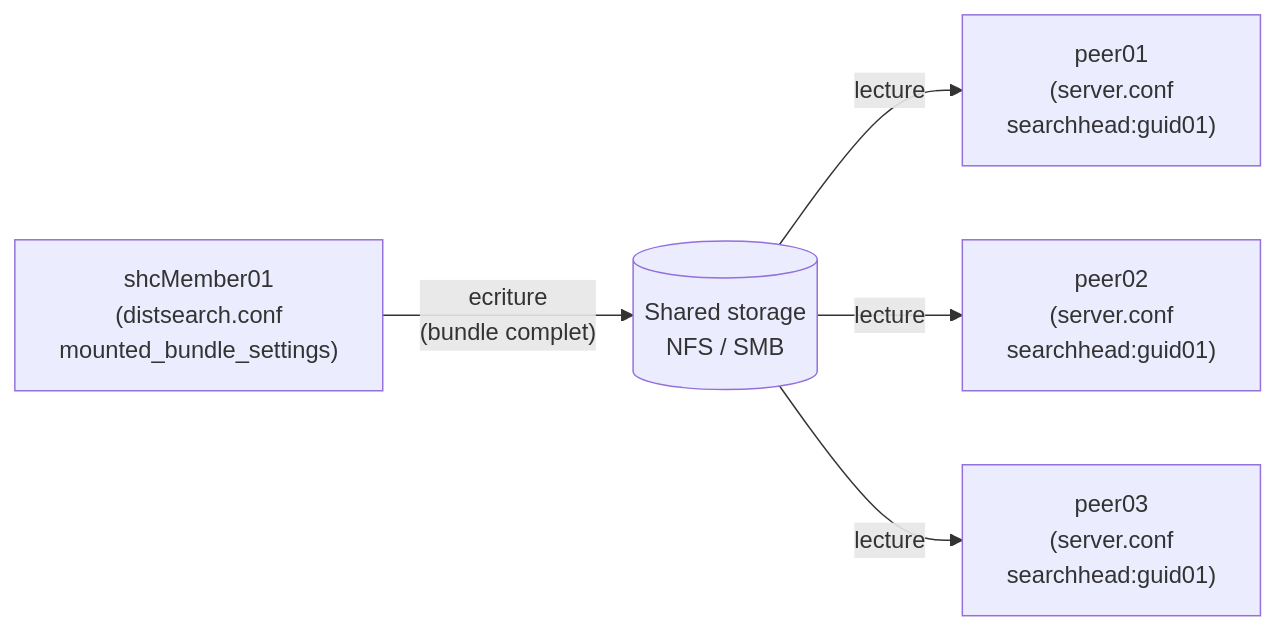
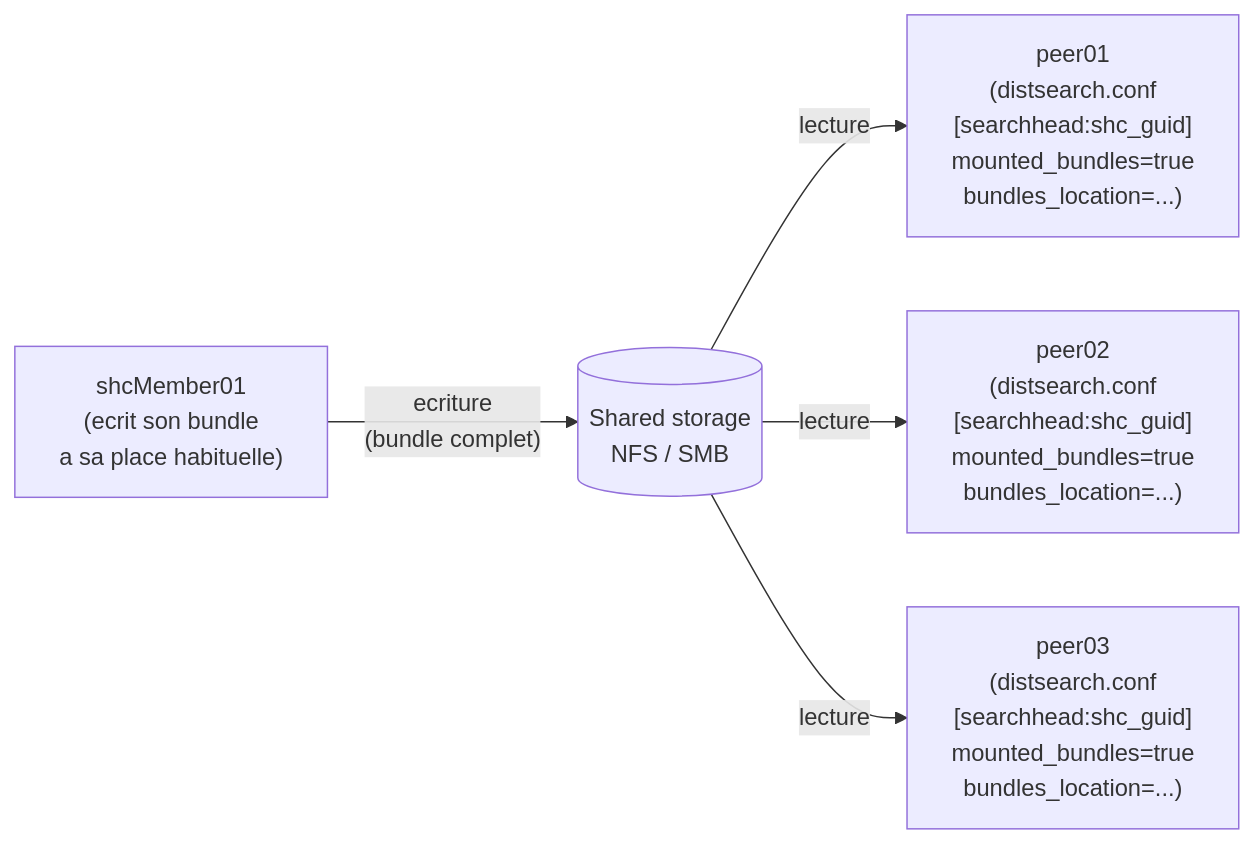
Before and after one commit to rafiki31130/knowledge_base: the second of 2 diagrams in handbooks/splunk-shc-knowledge-bundle/03-replication-vers-peers.md, drawn with Mermaid. The commit also changed other lines of this file and 1 other file, not shown here.

First line of the commit message:
handbooks/splunk-shc-knowledge-bundle: B2 — stanza mounted bundle conforme doc Splunk 9.4

````diff
--- a/handbooks/splunk-shc-knowledge-bundle/03-replication-vers-peers.md
+++ b/handbooks/splunk-shc-knowledge-bundle/03-replication-vers-peers.md
@@ -118,13 +119,13 @@
 ```mermaid
 flowchart LR
-    SH["shcMember01<br/>(distsearch.conf<br/>mounted_bundle_settings)"]
+    SH["shcMember01<br/>(ecrit son bundle<br/>a sa place habituelle)"]
     NFS[("Shared storage<br/>NFS / SMB")]
-    P1["peer01<br/>(server.conf<br/>searchhead:guid01)"]
-    P2["peer02<br/>(server.conf<br/>searchhead:guid01)"]
-    P3["peer03<br/>(server.conf<br/>searchhead:guid01)"]
+    P1["peer01<br/>(distsearch.conf<br/>[searchhead:shc_guid]<br/>mounted_bundles=true<br/>bundles_location=...)"]
+    P2["peer02<br/>(distsearch.conf<br/>[searchhead:shc_guid]<br/>mounted_bundles=true<br/>bundles_location=...)"]
+    P3["peer03<br/>(distsearch.conf<br/>[searchhead:shc_guid]<br/>mounted_bundles=true<br/>bundles_location=...)"]
 
     SH -->|"ecriture<br/>(bundle complet)"| NFS
     NFS -->|"lecture"| P1
     NFS -->|"lecture"| P2
     NFS -->|"lecture"| P3
 ```
````
